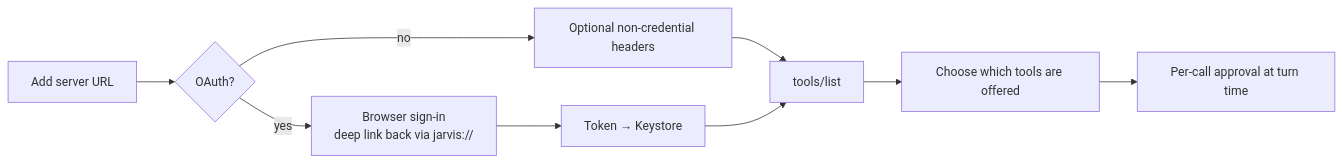
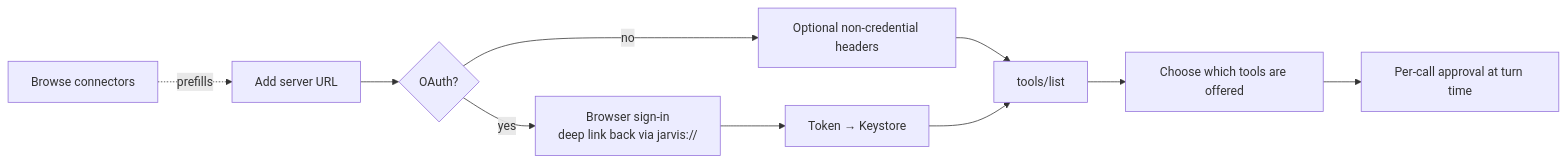
Before and after one commit to Suke2004/SuperAgent: the fourth of 4 diagrams in README.md, drawn with Mermaid. The commit also changed other lines of this file and 21 other files, not shown here.

````diff
--- a/README.md
+++ b/README.md
@@ -289,11 +357,12 @@
 ```mermaid
 flowchart LR
+    A0[Browse connectors] -.prefills.-> A
     A[Add server URL] --> B{OAuth?}
     B -->|yes| C[Browser sign-in<br/>deep link back via jarvis://]
     B -->|no| D[Optional non-credential headers]
     C --> E[Token → Keystore]
     D --> F[tools/list]
     E --> F
     F --> G[Choose which tools are offered]
     G --> H[Per-call approval at turn time]
 ```
````
